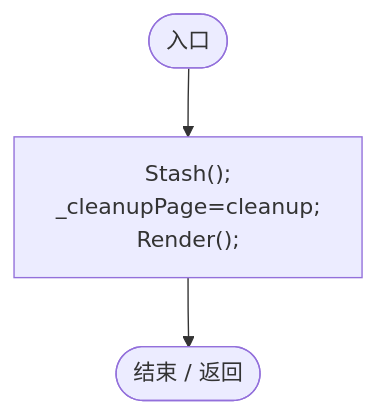
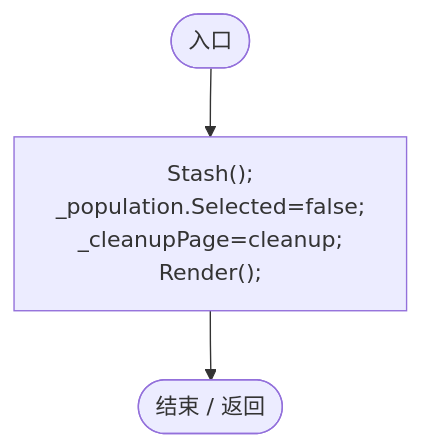
Before and after one commit to xhs6666/Darwin_paradise: diagram 15 of 26 in Docs/运行流程图/脚本/92d59cd12a5696c3.md, drawn with Mermaid. The commit also changed other lines of this file and 114 other files, not shown here.

````diff
--- a/Docs/运行流程图/脚本/92d59cd12a5696c3.md
+++ b/Docs/运行流程图/脚本/92d59cd12a5696c3.md
@@ -356,9 +390,9 @@
 ```mermaid
 flowchart TD
   b0(["入口"])
-  b1["Stash();<br/>_cleanupPage=cleanup;<br/>Render();"]
+  b1["Stash();<br/>_population.Selected=false;<br/>_cleanupPage=cleanup;<br/>Render();"]
   b2(["结束 / 返回"])
   b0 --> b1
   b1 --> b2
 
 ```
````
